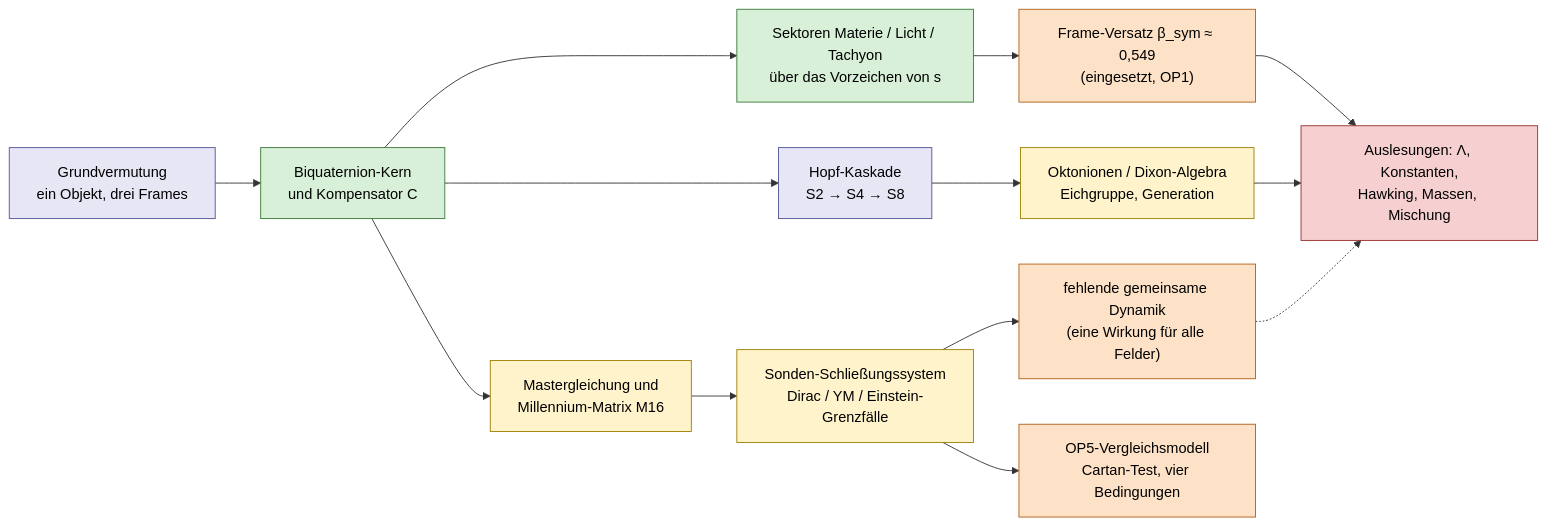
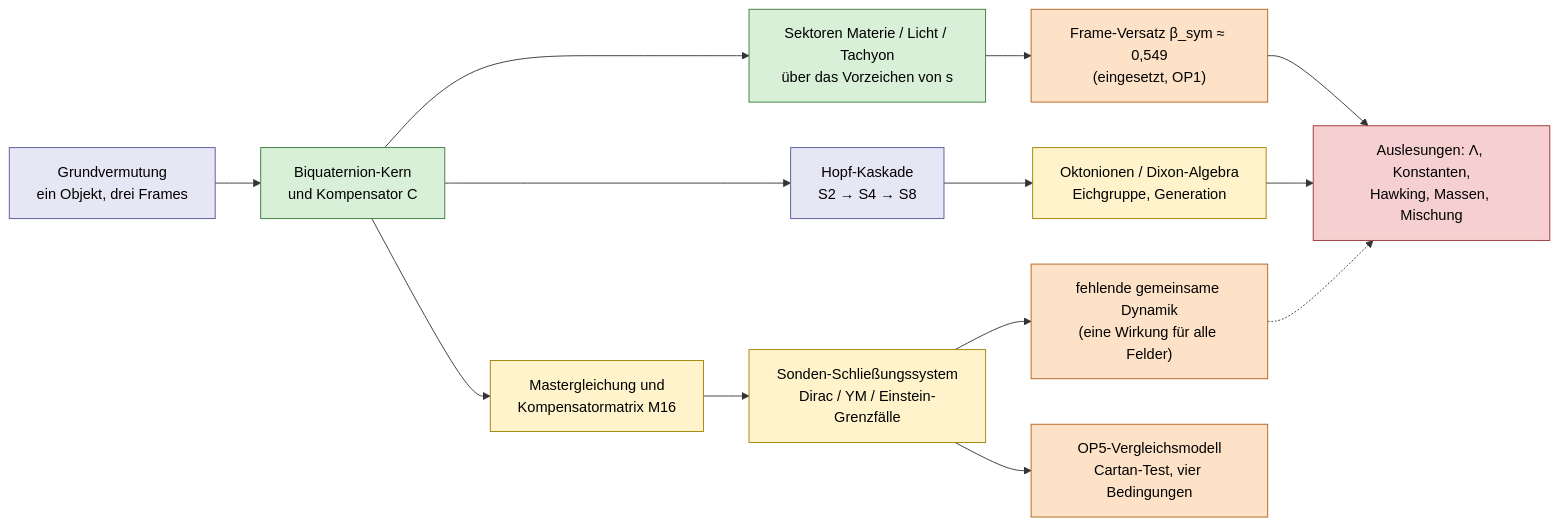
One commit to Moriarty1982/QuantumSphere-Unfold changed the second of 2 diagrams in wiki/Gesamtbild.md. Above: the diagram before and after it, drawn with Mermaid. The commit also changed other lines of this file, not shown here.

First line of the commit message:
Gesamtbild: Kompensatormatrix statt Millennium-Matrix (r75)

````diff
--- a/wiki/Gesamtbild.md
+++ b/wiki/Gesamtbild.md
@@ -64,20 +64,20 @@
 ```mermaid
 flowchart LR
   V["Grundvermutung<br/>ein Objekt, drei Frames"]:::verm --> K["Biquaternion-Kern<br/>und Kompensator C"]:::ok
   K --> S["Sektoren Materie / Licht / Tachyon<br/>über das Vorzeichen von s"]:::ok
   K --> H["Hopf-Kaskade<br/>S2 → S4 → S8"]:::verm
   H --> O["Oktonionen / Dixon-Algebra<br/>Eichgruppe, Generation"]:::bed
   S --> B["Frame-Versatz β_sym ≈ 0,549<br/>(eingesetzt, OP1)"]:::offen
   B --> P["Auslesungen: Λ, Konstanten,<br/>Hawking, Massen, Mischung"]:::wid
   O --> P
-  K --> M["Mastergleichung und<br/>Millennium-Matrix M16"]:::bed
+  K --> M["Mastergleichung und<br/>Kompensatormatrix M16"]:::bed
   M --> F["Sonden-Schließungssystem<br/>Dirac / YM / Einstein-Grenzfälle"]:::bed
   F --> D["fehlende gemeinsame Dynamik<br/>(eine Wirkung für alle Felder)"]:::offen
   D -.-> P
   F --> OP5["OP5-Vergleichsmodell<br/>Cartan-Test, vier Bedingungen"]:::offen
   classDef ok fill:#d8f0d8,stroke:#3a7a3a,color:#000
   classDef verm fill:#e6e6f5,stroke:#55559a,color:#000
   classDef bed fill:#fff3cc,stroke:#a08000,color:#000
   classDef offen fill:#fde2c8,stroke:#b0601a,color:#000
   classDef wid fill:#f6d0d0,stroke:#9a3030,color:#000
 ```
````
